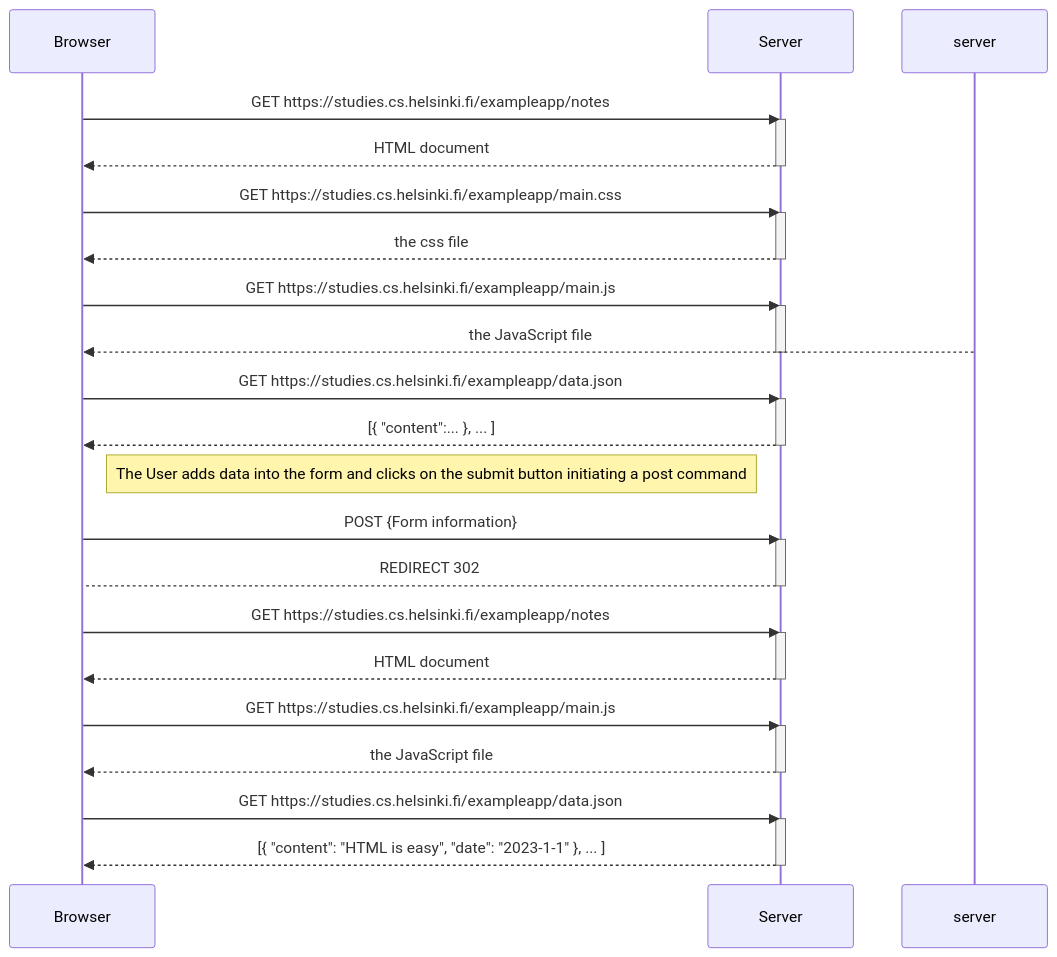
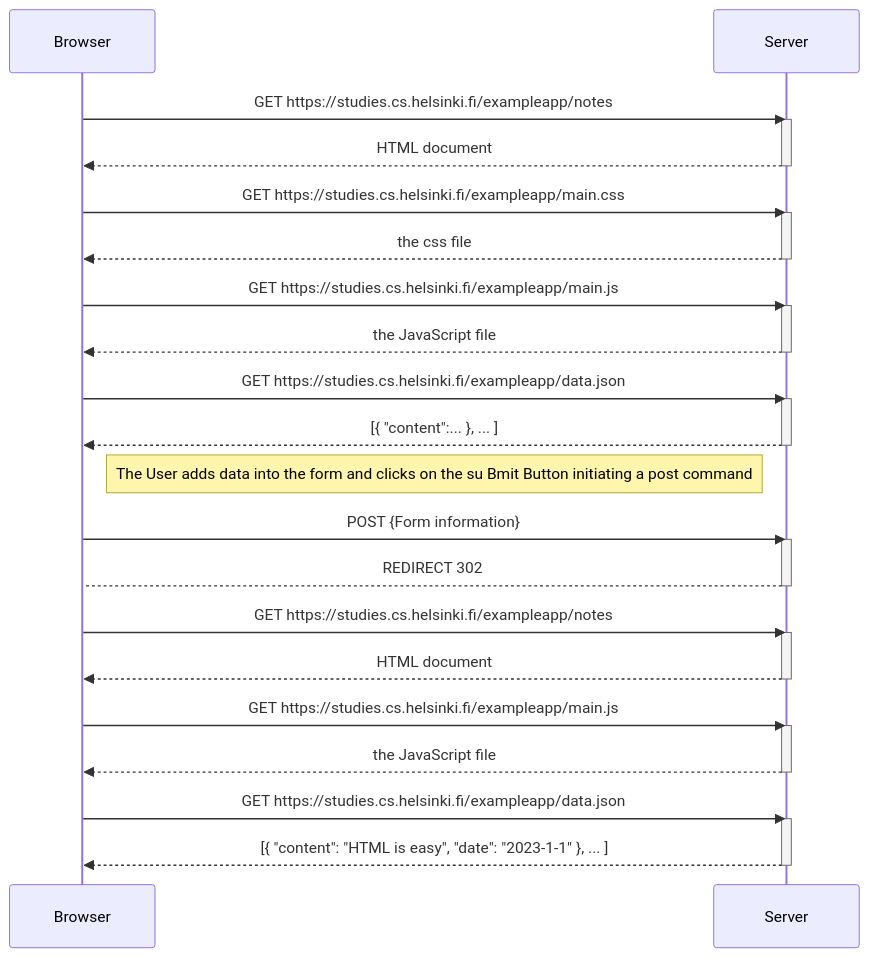
One commit to seculoseculorum/FullStack_Osa0 changed the diagram in 0.4 Kaavio.md. Above: the diagram before and after it, drawn with Mermaid.

Commit message:
Update 0.4 Kaavio.md

````diff
--- a/0.4 Kaavio.md
+++ b/0.4 Kaavio.md
@@ -1,48 +1,48 @@
 ```mermaid
 sequenceDiagram
     participant Browser
     participant Server
     
     Browser->>Server: GET https://studies.cs.helsinki.fi/exampleapp/notes
     activate Server
     Server-->>Browser: HTML document
     deactivate Server
     
     Browser->>Server: GET https://studies.cs.helsinki.fi/exampleapp/main.css
     activate Server
     Server-->>Browser: the css file
     deactivate Server
 
     Browser->>Server: GET https://studies.cs.helsinki.fi/exampleapp/main.js
     activate Server
-    server-->>Browser: the JavaScript file
+    Server-->>Browser: the JavaScript file
     deactivate Server
       
     
     Browser->>Server: GET https://studies.cs.helsinki.fi/exampleapp/data.json
     activate Server
     Server-->>Browser: [{ "content":... }, ... ]
     deactivate Server   
 
-    Note right of Browser: The User adds data into the form and clicks on the submit button initiating a post command
+    Note right of Browser: The User adds data into the form and clicks on the su Bmit  Button initiating a post command
 
     Browser->>Server: POST {Form information}
     activate Server
     Server-->Browser: REDIRECT 302
     deactivate Server 
     
     Browser->>Server: GET https://studies.cs.helsinki.fi/exampleapp/notes
     activate Server
     Server-->>Browser: HTML document
     deactivate Server
 
     Browser->>Server: GET https://studies.cs.helsinki.fi/exampleapp/main.js
     activate Server
     Server-->>Browser: the JavaScript file
     deactivate Server
     
     Browser->>Server: GET https://studies.cs.helsinki.fi/exampleapp/data.json
     activate Server
     Server-->>Browser: [{ "content": "HTML is easy", "date": "2023-1-1" }, ... ]
     deactivate Server
 ```
````
